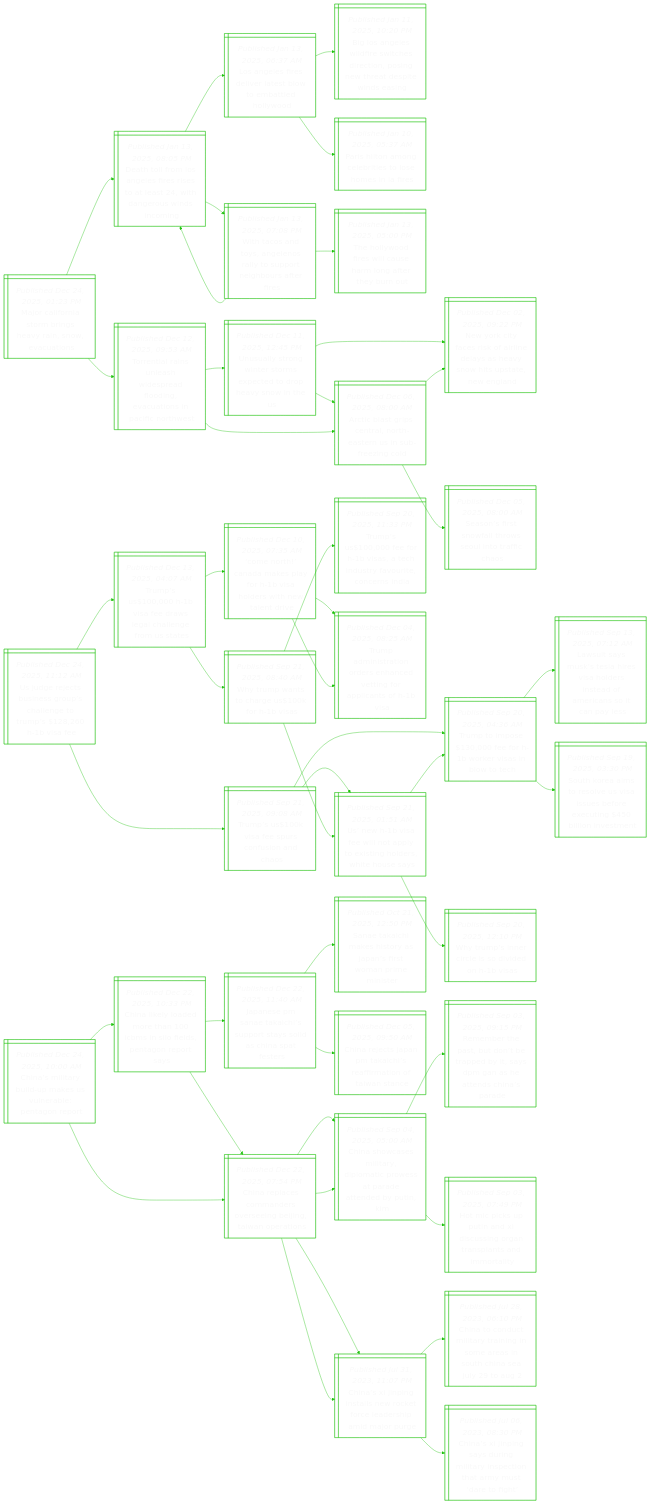
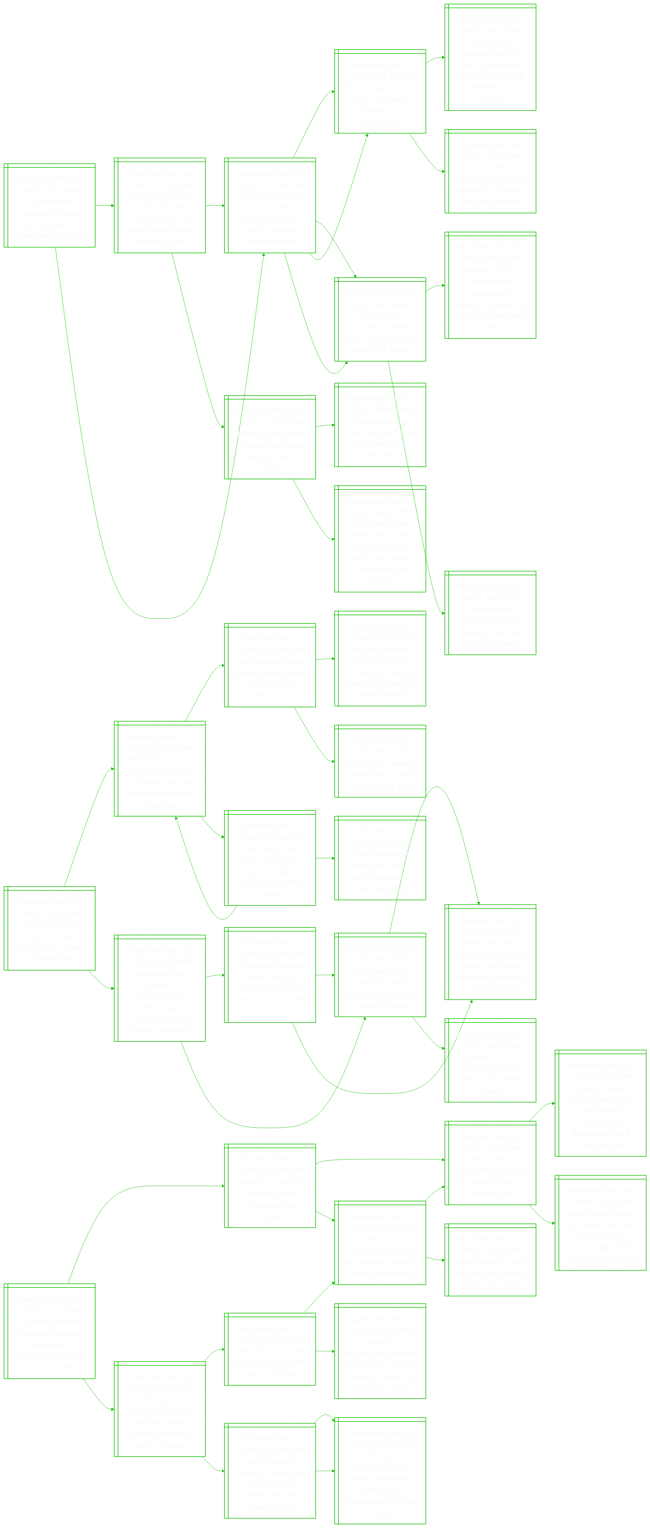
The diagram in README.md (notJmes/notJmes), drawn with Mermaid before and after one commit. The commit also changed other lines of this file, not shown here.

````diff
--- a/README.md
+++ b/README.md
@@ -15,6 +15,52 @@
 %%{init: {'theme':'base', 'themeVariables': {'primaryColor': "transparent", 'primaryTextColor': "#F9F9F9", 'lineColor': "#20C20E", 'primaryBorderColor':'#20C20E'}}}%%
 flowchart LR
 classDef txtsize font-size:20px;
+
+Evddaotmoi@{ shape: win-pane, label: "_Published Dec 24, 2025, 05:19 PM_
+El salvador defends mega-prison key to trump deportations" }
+MeoEvpnuitily@{ shape: win-pane, label: "_Published Dec 24, 2025, 03:36 AM_
+60 minutes report on el salvador prison pops up online after being pulled by cbs" }
+Oyrurmpnsopro@{ shape: win-pane, label: "_Published Dec 23, 2025, 12:40 AM_
+Outcry after cbs pulls programme on prison that’s key to trump deportations" }
+TsoosSzolr@{ shape: win-pane, label: "_Published Apr 15, 2025, 03:12 PM_
+Trump says would ‘love’ to send us citizens to el salvador jail" }
+Afautvrras@{ shape: win-pane, label: "_Published Dec 19, 2025, 08:08 AM_
+As netflix, paramount battle over warner bros, what’s at stake?" }
+HfefdmnsT@{ shape: win-pane, label: "_Published May 20, 2025, 07:57 AM_
+Head of cbs news is forced out amid tensions with trump" }
+TsBrlrteis@{ shape: win-pane, label: "_Published Nov 01, 2024, 05:40 AM_
+Trump sues cbs over kamala harris interview on 60 minutes" }
+Acwidnrltettd@{ shape: win-pane, label: "_Published Feb 21, 2025, 06:00 PM_
+America’s new enemies under donald trump: allies, the deep state and the media" }
+Oyrurmpnsopro@{ shape: win-pane, label: "_Published Dec 23, 2025, 12:40 AM_
+Outcry after cbs pulls programme on prison that’s key to trump deportations" }
+TsoosSzolr@{ shape: win-pane, label: "_Published Apr 15, 2025, 03:12 PM_
+Trump says would ‘love’ to send us citizens to el salvador jail" }
+Uaaojldznmres@{ shape: win-pane, label: "_Published Mar 16, 2025, 04:16 AM_
+Us to pay el salvador $8m to jail 300 alleged venezuelan gang members, ap reports" }
+Uiceoromohlr@{ shape: win-pane, label: "_Published Apr 01, 2025, 02:01 AM_
+Us military completes ‘counter-terrorism mission’ with el salvador" }
+Afautvrras@{ shape: win-pane, label: "_Published Dec 19, 2025, 08:08 AM_
+As netflix, paramount battle over warner bros, what’s at stake?" }
+Niunocydtiimh@{ shape: win-pane, label: "_Published Dec 05, 2025, 08:40 PM_
+Netflix to buy warner bros discovery’s studios, streaming unit for more than $93b" }
+WrDvoeslrrn@{ shape: win-pane, label: "_Published Dec 17, 2025, 09:07 PM_
+Warner bros discovery board rejects rival bid from paramount" }
+
+Evddaotmoi:::txtsize --> MeoEvpnuitily:::txtsize
+MeoEvpnuitily:::txtsize --> Oyrurmpnsopro:::txtsize
+Oyrurmpnsopro:::txtsize --> TsoosSzolr:::txtsize
+Oyrurmpnsopro:::txtsize --> Afautvrras:::txtsize
+MeoEvpnuitily:::txtsize --> HfefdmnsT:::txtsize
+HfefdmnsT:::txtsize --> TsBrlrteis:::txtsize
+HfefdmnsT:::txtsize --> Acwidnrltettd:::txtsize
+Evddaotmoi:::txtsize --> Oyrurmpnsopro:::txtsize
+Oyrurmpnsopro:::txtsize --> TsoosSzolr:::txtsize
+TsoosSzolr:::txtsize --> Uaaojldznmres:::txtsize
+TsoosSzolr:::txtsize --> Uiceoromohlr:::txtsize
+Oyrurmpnsopro:::txtsize --> Afautvrras:::txtsize
+Afautvrras:::txtsize --> Niunocydtiimh:::txtsize
+Afautvrras:::txtsize --> WrDvoeslrrn:::txtsize
 
 MCosbsysvt@{ shape: win-pane, label: "_Published Dec 24, 2025, 01:23 PM_
 Major california storm brings heavy rain, snow, evacuations" }
@@ -108,50 +154,4 @@
 Coampoilweei:::txtsize --> TaitrectfpnHa:::txtsize
 Coampoilweei:::txtsize --> TaitrectfpnHa:::txtsize
 
-Cstupslbnnr@{ shape: win-pane, label: "_Published Dec 24, 2025, 10:00 AM_
-China’s military build-up makes us vulnerable: pentagon report" }
-ClyeeIiodtrt@{ shape: win-pane, label: "_Published Dec 22, 2025, 10:33 PM_
-China likely loaded more than 100 icbms in silo fields, pentagon report says" }
-CrcmeeiiTnas@{ shape: win-pane, label: "_Published Dec 22, 2025, 07:54 PM_
-China replaces commanders overseeing beijing, taiwan operations" }
-Csairliwtdebi@{ shape: win-pane, label: "_Published Sep 04, 2025, 05:00 AM_
-China showcases military, diplomatic prowess at parade attended by putin, kim" }
-Csnilwecdidre@{ shape: win-pane, label: "_Published Jul 31, 2023, 11:07 PM_
-China’s xi jinping installs new rocket force leadership amid major purge" }
-JeSTcutsdiat@{ shape: win-pane, label: "_Published Dec 22, 2025, 11:40 AM_
-Japanese pm sanae takaichi’s support stays solid as china spat festers" }
-STcksaarminr@{ shape: win-pane, label: "_Published Oct 21, 2025, 12:50 PM_
-Sanae takaichi makes history as japan’s first woman prime minister" }
-Crtaahamnit@{ shape: win-pane, label: "_Published Dec 05, 2025, 09:50 AM_
-China rejects japan pm takaichi’s reaffirmation of taiwan stance" }
-CrcmeeiiTnas@{ shape: win-pane, label: "_Published Dec 22, 2025, 07:54 PM_
-China replaces commanders overseeing beijing, taiwan operations" }
-Csairliwtdebi@{ shape: win-pane, label: "_Published Sep 04, 2025, 05:00 AM_
-China showcases military, diplomatic prowess at parade attended by putin, kim" }
-RbebnrdsPatsaa@{ shape: win-pane, label: "_Published Sep 03, 2025, 09:15 PM_
-Remember the past, but don’t be trapped by it, says dpm gan as he attends china’s parade" }
-Hcstdsigaanoi@{ shape: win-pane, label: "_Published Sep 03, 2025, 07:49 PM_
-Hot mic picks up putin and xi discussing organ transplants and immortality" }
-Csnilwecdidre@{ shape: win-pane, label: "_Published Jul 31, 2023, 11:07 PM_
-China’s xi jinping installs new rocket force leadership amid major purge" }
-Ctdiriiesuiat@{ shape: win-pane, label: "_Published Jul 28, 2023, 06:10 PM_
-China to conduct military training in some areas in south china sea july 29 to aug 2" }
-Csnsumasiaydot@{ shape: win-pane, label: "_Published Jul 06, 2023, 08:30 PM_
-China’s xi jinping says during military inspection that army must ‘dare to fight’" }
-
-Cstupslbnnr:::txtsize --> ClyeeIiodtrt:::txtsize
-ClyeeIiodtrt:::txtsize --> CrcmeeiiTnas:::txtsize
-CrcmeeiiTnas:::txtsize --> Csairliwtdebi:::txtsize
-CrcmeeiiTnas:::txtsize --> Csnilwecdidre:::txtsize
-ClyeeIiodtrt:::txtsize --> JeSTcutsdiat:::txtsize
-JeSTcutsdiat:::txtsize --> STcksaarminr:::txtsize
-JeSTcutsdiat:::txtsize --> Crtaahamnit:::txtsize
-Cstupslbnnr:::txtsize --> CrcmeeiiTnas:::txtsize
-CrcmeeiiTnas:::txtsize --> Csairliwtdebi:::txtsize
-Csairliwtdebi:::txtsize --> RbebnrdsPatsaa:::txtsize
-Csairliwtdebi:::txtsize --> Hcstdsigaanoi:::txtsize
-CrcmeeiiTnas:::txtsize --> Csnilwecdidre:::txtsize
-Csnilwecdidre:::txtsize --> Ctdiriiesuiat:::txtsize
-Csnilwecdidre:::txtsize --> Csnsumasiaydot:::txtsize
-
 ```
````
